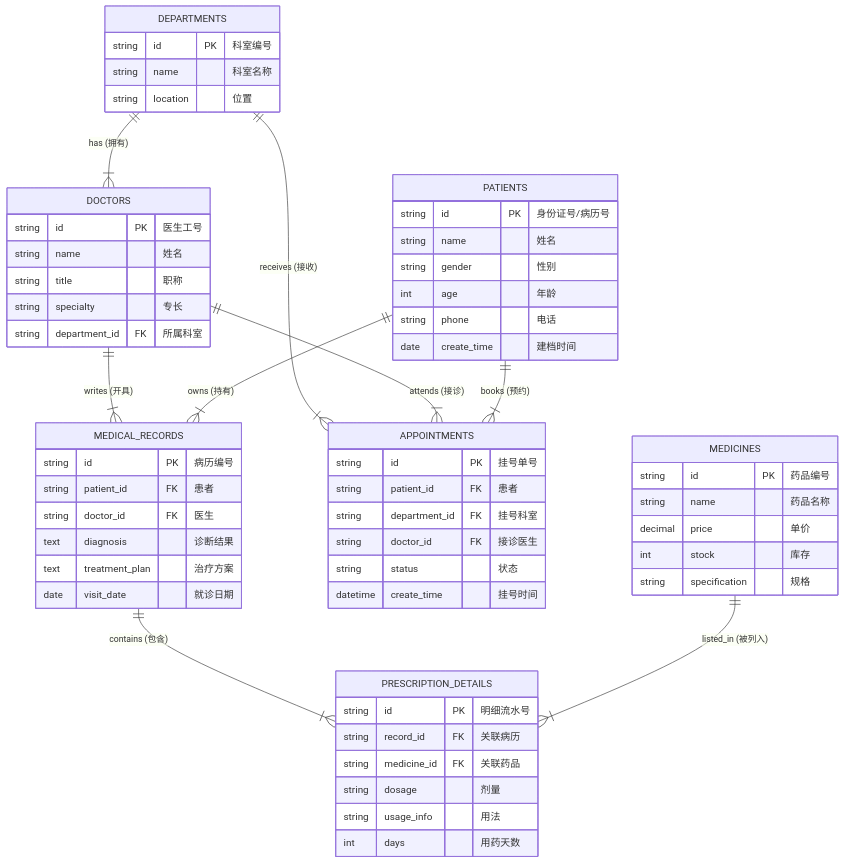
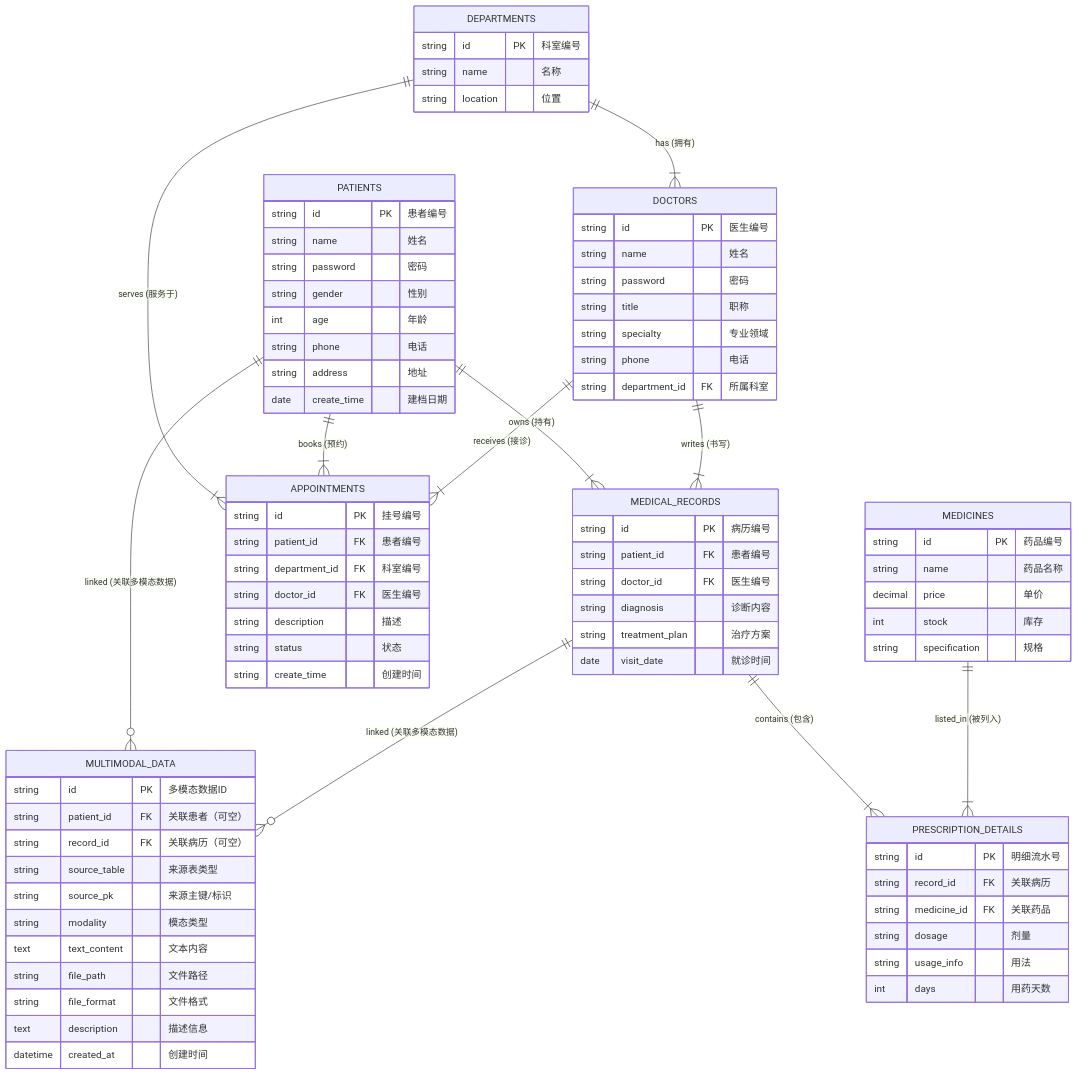
One commit to heavey0027/meddata-hub changed the diagram in backend/DATABASE_DESIGN.md. Above: the diagram before and after it, drawn with Mermaid. The commit also changed other lines of this file, not shown here.

````diff
--- a/backend/DATABASE_DESIGN.md
+++ b/backend/DATABASE_DESIGN.md
@@ -18,27 +17,34 @@
 ```mermaid
 erDiagram
+    %% =========================
     %% 实体定义
+    %% =========================
+
     DEPARTMENTS {
         string id PK "科室编号"
-        string name "科室名称"
+        string name "名称"
         string location "位置"
     }
 
     DOCTORS {
-        string id PK "医生工号"
+        string id PK "医生编号"
         string name "姓名"
+        string password "密码"
         string title "职称"
-        string specialty "专长"
+        string specialty "专业领域"
+        string phone "电话"
         string department_id FK "所属科室"
     }
 
     PATIENTS {
-        string id PK "身份证号/病历号"
+        string id PK "患者编号"
         string name "姓名"
+        string password "密码"
         string gender "性别"
         int age "年龄"
         string phone "电话"
-        date create_time "建档时间"
+        string address "地址"
+        date create_time "建档日期"
     }
 
     MEDICINES {
@@ -50,21 +56,22 @@
     }
 
     APPOINTMENTS {
-        string id PK "挂号单号"
-        string patient_id FK "患者"
-        string department_id FK "挂号科室"
-        string doctor_id FK "接诊医生"
+        string id PK "挂号编号"
+        string patient_id FK "患者编号"
+        string department_id FK "科室编号"
+        string doctor_id FK "医生编号"
+        string description "描述"
         string status "状态"
-        datetime create_time "挂号时间"
+        string create_time "创建时间"
     }
 
     MEDICAL_RECORDS {
         string id PK "病历编号"
-        string patient_id FK "患者"
-        string doctor_id FK "医生"
-        text diagnosis "诊断结果"
-        text treatment_plan "治疗方案"
-        date visit_date "就诊日期"
+        string patient_id FK "患者编号"
+        string doctor_id FK "医生编号"
+        string diagnosis "诊断内容"
+        string treatment_plan "治疗方案"
+        date visit_date "就诊时间"
     }
 
     PRESCRIPTION_DETAILS {
@@ -76,17 +83,36 @@
         int days "用药天数"
     }
 
+    MULTIMODAL_DATA {
+        string id PK "多模态数据ID"
+        string patient_id FK "关联患者（可空）"
+        string record_id FK "关联病历（可空）"
+        string source_table "来源表类型"
+        string source_pk "来源主键/标识"
+        string modality "模态类型"
+        text text_content "文本内容"
+        string file_path "文件路径"
+        string file_format "文件格式"
+        text description "描述信息"
+        datetime created_at "创建时间"
+    }
+
+    %% =========================
     %% 关系定义
+    %% =========================
+
     DEPARTMENTS ||--|{ DOCTORS : "has (拥有)"
-    DEPARTMENTS ||--|{ APPOINTMENTS : "receives (接收)"
-    
-    DOCTORS ||--|{ APPOINTMENTS : "attends (接诊)"
-    DOCTORS ||--|{ MEDICAL_RECORDS : "writes (开具)"
-    
+    DEPARTMENTS ||--|{ APPOINTMENTS : "serves (服务于)"
+
     PATIENTS ||--|{ APPOINTMENTS : "books (预约)"
     PATIENTS ||--|{ MEDICAL_RECORDS : "owns (持有)"
-    
+
+    DOCTORS ||--|{ APPOINTMENTS : "receives (接诊)"
+    DOCTORS ||--|{ MEDICAL_RECORDS : "writes (书写)"
+
     MEDICAL_RECORDS ||--|{ PRESCRIPTION_DETAILS : "contains (包含)"
-    
     MEDICINES ||--|{ PRESCRIPTION_DETAILS : "listed_in (被列入)"
+
+    PATIENTS ||--o{ MULTIMODAL_DATA : "linked (关联多模态数据)"
+    MEDICAL_RECORDS ||--o{ MULTIMODAL_DATA : "linked (关联多模态数据)"
 ```
````
